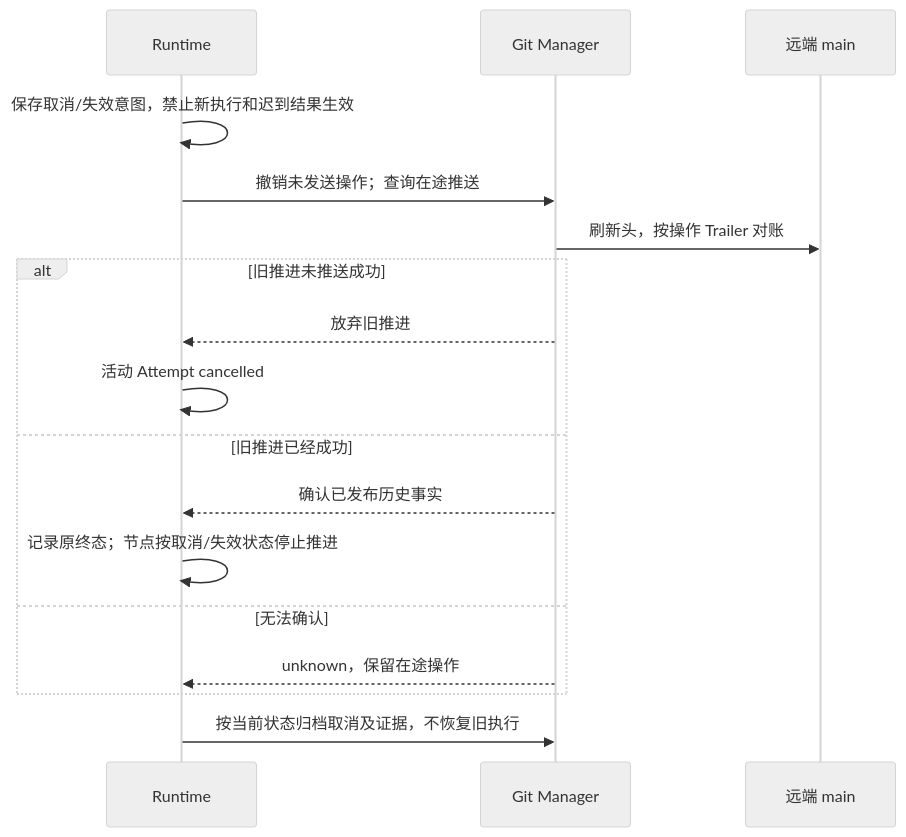
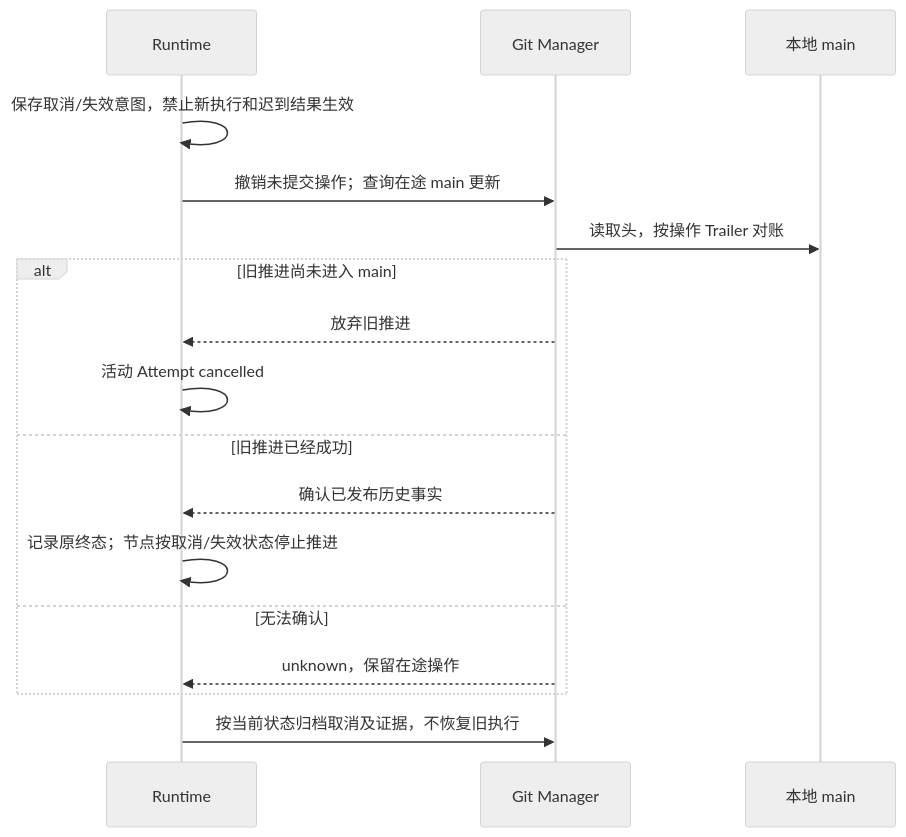
The second of 2 diagrams in design/05-services.md (LingMessy/facetloom), drawn with Mermaid (neutral theme) before and after one commit. The commit also changed other lines of this file and 9 other files, not shown here.

````diff
--- a/design/05-services.md
+++ b/design/05-services.md
@@ -174,19 +192,19 @@
 ```mermaid
 sequenceDiagram
     participant RT as Runtime
     participant GM as Git Manager
-    participant Main as 远端 main
+    participant Main as 本地 main
     RT->>RT: 保存取消/失效意图，禁止新执行和迟到结果生效
-    RT->>GM: 撤销未发送操作；查询在途推送
-    GM->>Main: 刷新头，按操作 Trailer 对账
-    alt 旧推进未推送成功
+    RT->>GM: 撤销未提交操作；查询在途 main 更新
+    GM->>Main: 读取头，按操作 Trailer 对账
+    alt 旧推进尚未进入 main
         GM-->>RT: 放弃旧推进
         RT->>RT: 活动 Attempt cancelled
     else 旧推进已经成功
         GM-->>RT: 确认已发布历史事实
         RT->>RT: 记录原终态；节点按取消/失效状态停止推进
     else 无法确认
         GM-->>RT: unknown，保留在途操作
     end
     RT->>GM: 按当前状态归档取消及证据，不恢复旧执行
 ```
````
